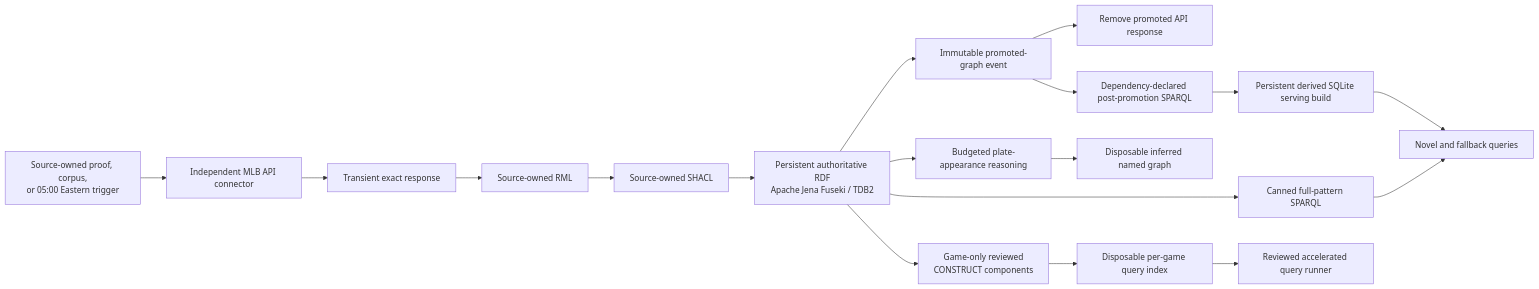
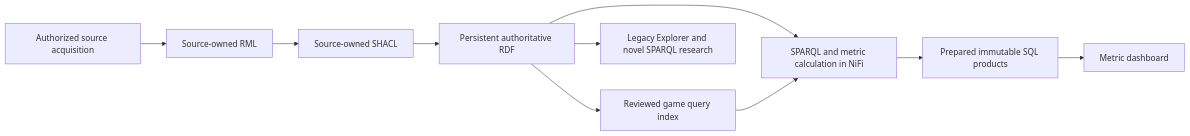
Before and after one commit to CarterBeauBenson/BaseballO: the diagram in Baseball/README.md, drawn with Mermaid. The commit also changed other lines of this file and 32 other files, not shown here.

````diff
--- a/Baseball/README.md
+++ b/Baseball/README.md
@@ -21,20 +17,12 @@
 ```mermaid
 flowchart LR
-    TRIGGER[Source-owned proof, corpus,<br/>or 05:00 Eastern trigger] --> API[Independent MLB API connector]
-    API --> TRANSIENT[Transient exact response]
-    TRANSIENT --> RML[Source-owned RML]
+    API[Authorized source acquisition] --> RML[Source-owned RML]
     RML --> SHACL[Source-owned SHACL]
-    SHACL --> FUSEKI[Persistent authoritative RDF<br/>Apache Jena Fuseki / TDB2]
-    FUSEKI --> EVENT[Immutable promoted-graph event]
-    EVENT --> CLEAN[Remove promoted API response]
-    FUSEKI --> REASON[Budgeted plate-appearance reasoning]
-    REASON --> INFERRED[Disposable inferred named graph]
-    FUSEKI --> SPARQL[Canned full-pattern SPARQL]
-    FUSEKI --> CONSTRUCT[Game-only reviewed<br/>CONSTRUCT components]
-    CONSTRUCT --> INDEX[Disposable per-game query index]
-    INDEX --> FAST[Reviewed accelerated query runner]
-    EVENT --> MATERIALIZE[Dependency-declared post-promotion SPARQL]
-    MATERIALIZE --> SQL[Persistent derived SQLite serving build]
-    SQL --> WEB[Admitted Explorer analytics]
-    SPARQL --> WEB[Novel and fallback queries]
+    SHACL --> RDF[Persistent authoritative RDF]
+    RDF --> QUERY[SPARQL and metric calculation in NiFi]
+    RDF --> INDEX[Reviewed game query index]
+    INDEX --> QUERY
+    QUERY --> SQL[Prepared immutable SQL products]
+    SQL --> DASH[Metric dashboard]
+    RDF --> RESEARCH[Legacy Explorer and novel SPARQL research]
 ```
````
